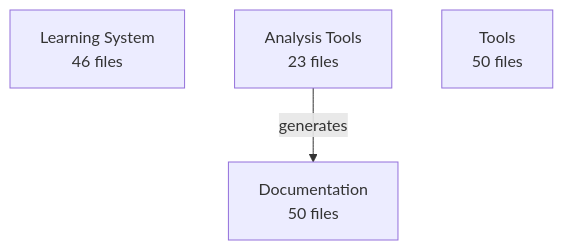
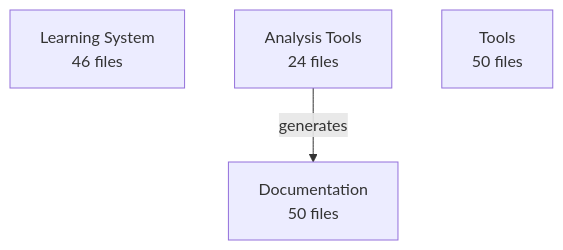
Before and after one commit to enufacas/Chained: the diagram in docs/data/architecture/architecture.mmd, drawn with Mermaid. The commit also changed 6 other files, not shown here.

First line of the commit message:
🏗️ Update architecture evolution tracking

```diff
--- a/docs/data/architecture/architecture.mmd
+++ b/docs/data/architecture/architecture.mmd
@@ -1,6 +1,6 @@
 graph TD
     learning_system[Learning System<br/>46 files]
-    analysis_tools[Analysis Tools<br/>23 files]
+    analysis_tools[Analysis Tools<br/>24 files]
     documentation[Documentation<br/>50 files]
     tools[Tools<br/>50 files]
     analysis_tools -->|generates| documentation
```
